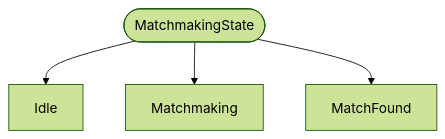
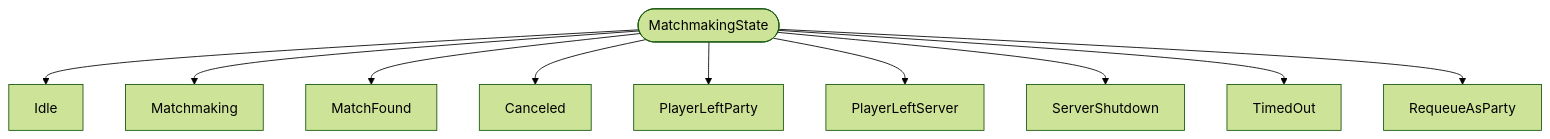
One commit to bedrock-v/protocol-docs changed the diagram in schemas/enums/MatchmakingState.md. Above: the diagram before and after it, drawn with Mermaid (forest theme). The commit also changed 21 other files, not shown here.

````diff
--- a/schemas/enums/MatchmakingState.md
+++ b/schemas/enums/MatchmakingState.md
@@ -5,7 +5,13 @@
 ```mermaid
 flowchart TB
   ROOT(["MatchmakingState"])
   ROOT --> Idle["Idle"]
   ROOT --> Matchmaking["Matchmaking"]
   ROOT --> MatchFound["MatchFound"]
+  ROOT --> Canceled["Canceled"]
+  ROOT --> PlayerLeftParty["PlayerLeftParty"]
+  ROOT --> PlayerLeftServer["PlayerLeftServer"]
+  ROOT --> ServerShutdown["ServerShutdown"]
+  ROOT --> TimedOut["TimedOut"]
+  ROOT --> RequeueAsParty["RequeueAsParty"]
 ```
````
